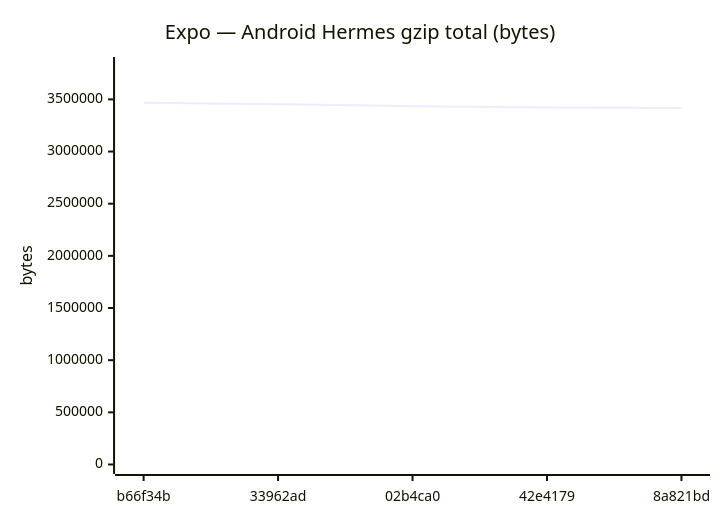
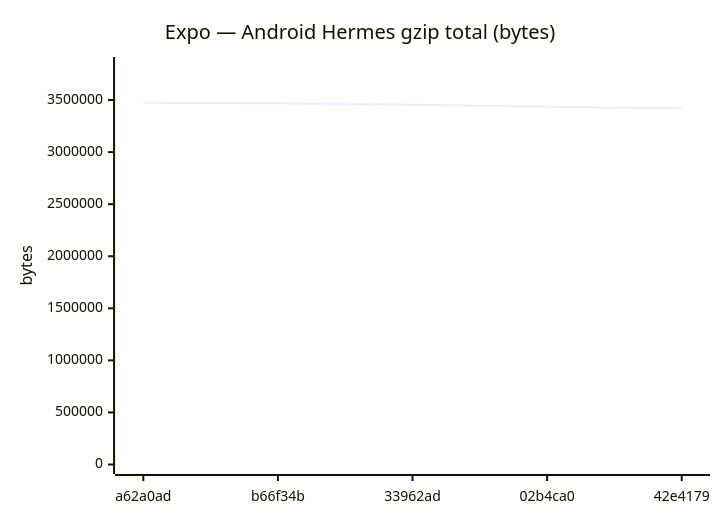
One commit to Metaheurist/Rianell changed diagram 11 of 18 in benchmarks/compare.md. Above: the diagram before and after it, drawn with Mermaid. The commit also changed other lines of this file and 11 other files, not shown here.

````diff
--- a/benchmarks/compare.md
+++ b/benchmarks/compare.md
@@ -172,7 +172,7 @@
 ```mermaid
 xychart-beta
     title "Expo — Android Hermes gzip total (bytes)"
-    x-axis ["b66f34b", "33962ad", "02b4ca0", "42e4179", "8a821bd"]
-    y-axis "bytes" 0 --> 3815172
-    line [3468338, 3454266, 3434635, 3421569, 3417622]
+    x-axis ["a62a0ad", "b66f34b", "33962ad", "02b4ca0", "42e4179"]
+    y-axis "bytes" 0 --> 3822067
+    line [3474606, 3468338, 3454266, 3434635, 3421569]
 ```
````
